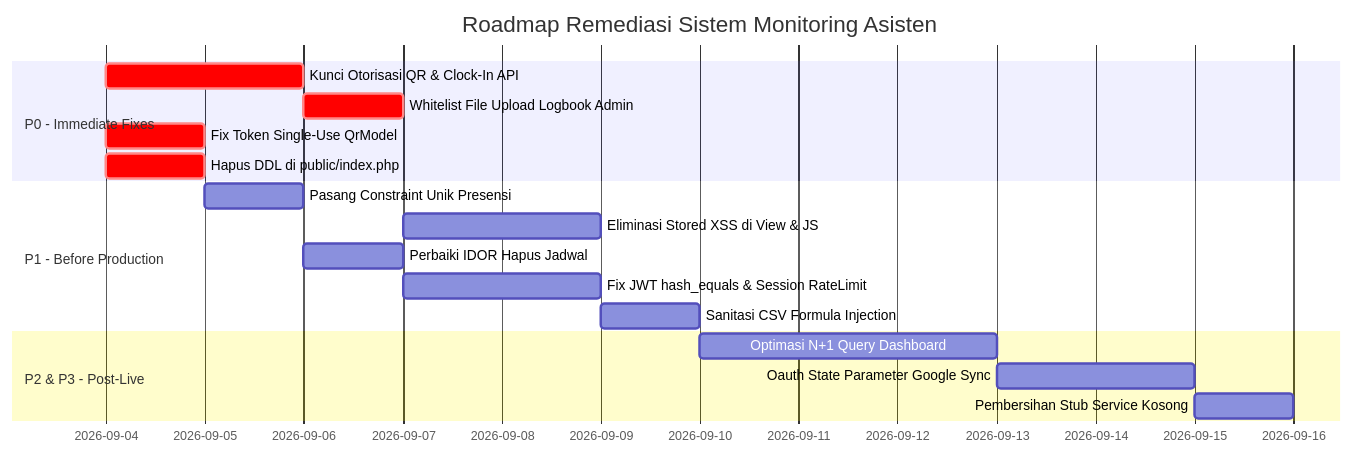
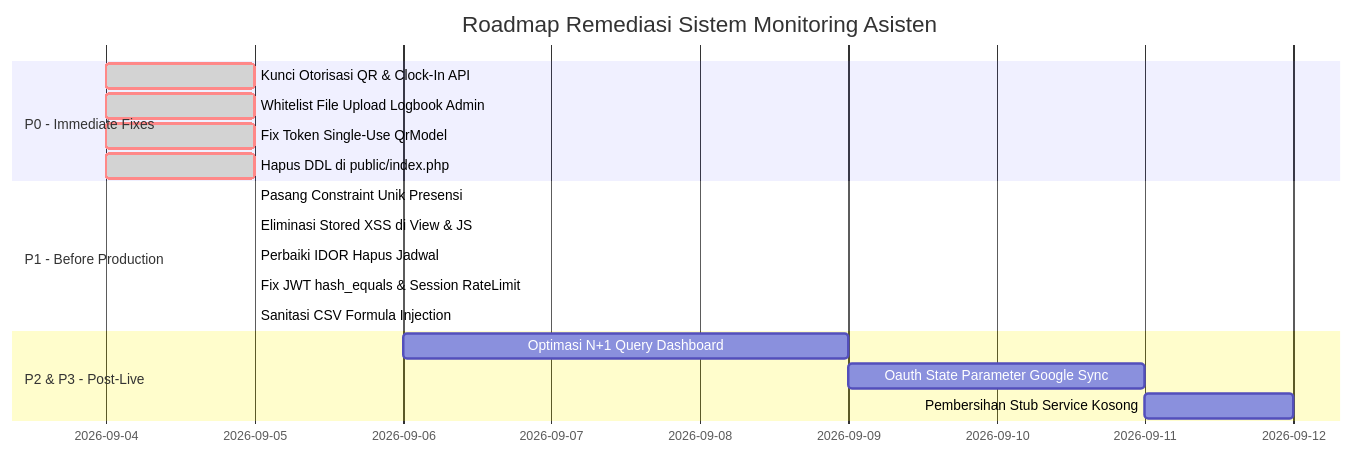
The second of 2 diagrams in docs/audit/LAPORAN_AUDIT_DAN_REMEDIASI.md (TUBES-CA-25/Monitoring-Asisten), drawn with Mermaid before and after one commit. The commit also changed other lines of this file and 22 other files, not shown here.

````diff
--- a/docs/audit/LAPORAN_AUDIT_DAN_REMEDIASI.md
+++ b/docs/audit/LAPORAN_AUDIT_DAN_REMEDIASI.md
@@ -530,20 +530,20 @@
 ```mermaid
 gantt
     title Roadmap Remediasi Sistem Monitoring Asisten
     dateFormat  YYYY-MM-DD
     section P0 - Immediate Fixes
-    Kunci Otorisasi QR & Clock-In API     :crit, p0_1, 2026-09-04, 2d
-    Whitelist File Upload Logbook Admin   :crit, p0_2, after p0_1, 1d
-    Fix Token Single-Use QrModel          :crit, p0_3, 2026-09-04, 1d
-    Hapus DDL di public/index.php         :crit, p0_4, 2026-09-04, 1d
+    Kunci Otorisasi QR & Clock-In API     :done, crit, p0_1, 2026-09-04, 2026-09-05
+    Whitelist File Upload Logbook Admin   :done, crit, p0_2, 2026-09-04, 2026-09-05
+    Fix Token Single-Use QrModel          :done, crit, p0_3, 2026-09-04, 2026-09-05
+    Hapus DDL di public/index.php         :done, crit, p0_4, 2026-09-04, 2026-09-05
     section P1 - Before Production
-    Pasang Constraint Unik Presensi       :p1_1, after p0_3, 1d
-    Eliminasi Stored XSS di View & JS     :p1_2, after p0_2, 2d
-    Perbaiki IDOR Hapus Jadwal            :p1_3, after p0_1, 1d
-    Fix JWT hash_equals & Session RateLimit :p1_4, after p1_3, 2d
-    Sanitasi CSV Formula Injection        :p1_5, after p1_2, 1d
+    Pasang Constraint Unik Presensi       :done, p1_1, 2026-09-05, 2026-09-05
+    Eliminasi Stored XSS di View & JS     :done, p1_2, 2026-09-05, 2026-09-05
+    Perbaiki IDOR Hapus Jadwal            :done, p1_3, 2026-09-05, 2026-09-05
+    Fix JWT hash_equals & Session RateLimit :done, p1_4, 2026-09-05, 2026-09-05
+    Sanitasi CSV Formula Injection        :done, p1_5, 2026-09-05, 2026-09-05
     section P2 & P3 - Post-Live
-    Optimasi N+1 Query Dashboard          :p2_1, after p1_5, 3d
+    Optimasi N+1 Query Dashboard          :p2_1, 2026-09-06, 3d
     Oauth State Parameter Google Sync     :p2_2, after p2_1, 2d
     Pembersihan Stub Service Kosong       :p3_1, after p2_2, 1d
 ```
````
